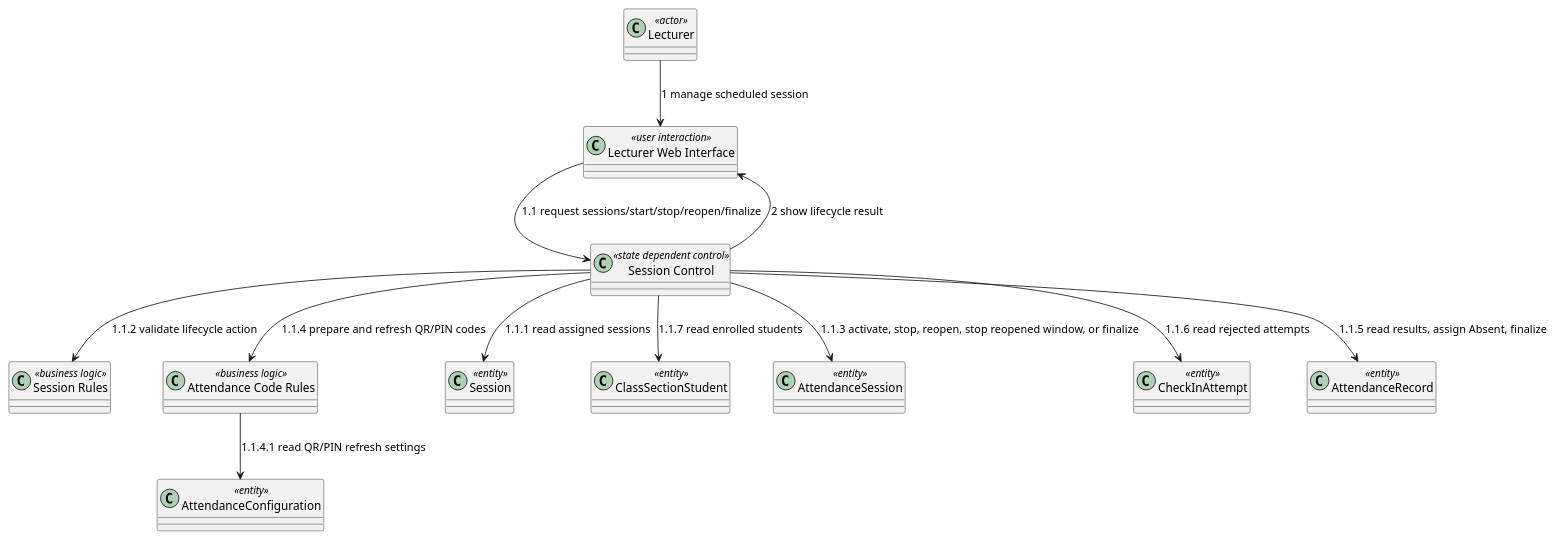
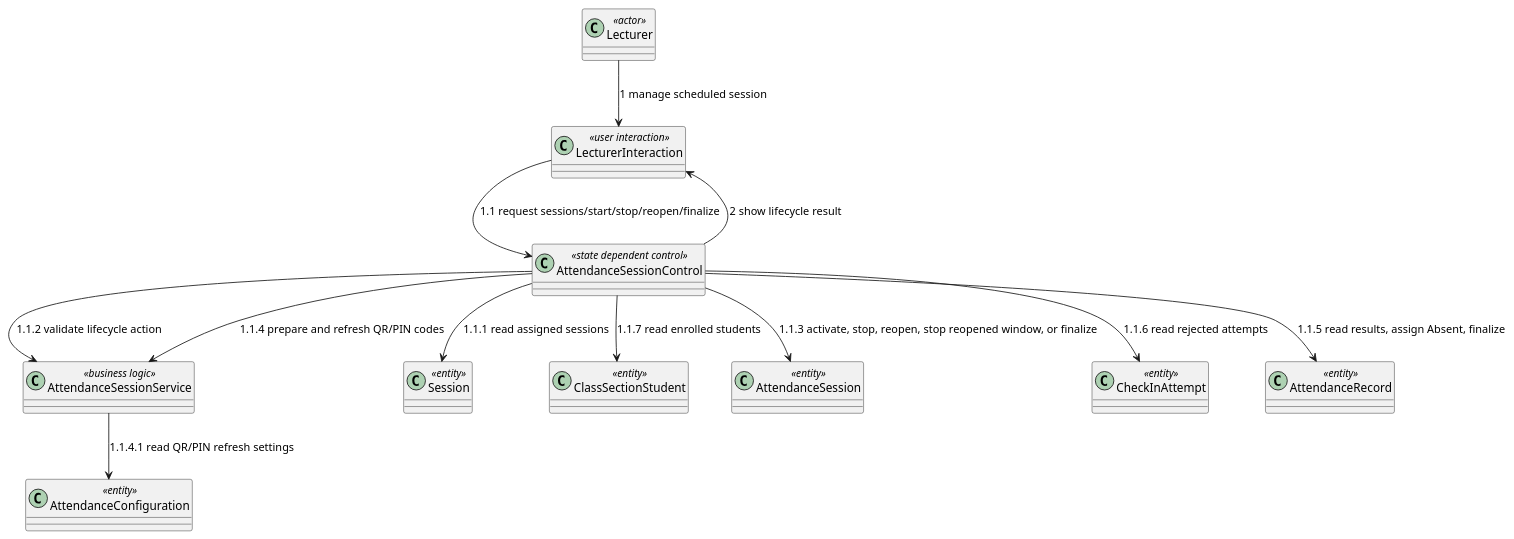
Diagram 16 of 29 in docs/sds/2_Analysis.md (nttung42/SWD392), drawn with PlantUML before and after one commit. The commit also changed other lines of this file and 5 other files, not shown here.

````diff
--- a/docs/sds/2_Analysis.md
+++ b/docs/sds/2_Analysis.md
@@ -907,27 +887,26 @@
 ```plantuml
 @startuml
 class "Lecturer" as Lecturer <<actor>>
-class "Lecturer Web Interface" as LecturerUI <<user interaction>>
-class "Session Control" as SessionControl <<state dependent control>>
-class "Session Rules" as SessionRules <<business logic>>
-class "Attendance Code Rules" as CodeRules <<business logic>>
+class "LecturerInteraction" as LecturerUI <<user interaction>>
+class "AttendanceSessionControl" as SessionControl <<state dependent control>>
+class "AttendanceSessionService" as SessionRules <<business logic>>
 class "AttendanceConfiguration" as AttendanceConfig <<entity>>
 class "Session" as Session <<entity>>
 class "ClassSectionStudent" as ClassSectionStudent <<entity>>
 class "AttendanceSession" as AttendanceSession <<entity>>
 class "CheckInAttempt" as CheckInAttempt <<entity>>
 class "AttendanceRecord" as AttendanceRecord <<entity>>
 
 Lecturer --> LecturerUI : 1 manage scheduled session
 LecturerUI --> SessionControl : 1.1 request sessions/start/stop/reopen/finalize
 SessionControl --> Session : 1.1.1 read assigned sessions
 SessionControl --> SessionRules : 1.1.2 validate lifecycle action
 SessionControl --> AttendanceSession : 1.1.3 activate, stop, reopen, stop reopened window, or finalize
-SessionControl --> CodeRules : 1.1.4 prepare and refresh QR/PIN codes
-CodeRules --> AttendanceConfig : 1.1.4.1 read QR/PIN refresh settings
+SessionControl --> SessionRules : 1.1.4 prepare and refresh QR/PIN codes
+SessionRules --> AttendanceConfig : 1.1.4.1 read QR/PIN refresh settings
 SessionControl --> AttendanceRecord : 1.1.5 read results, assign Absent, finalize
 SessionControl --> CheckInAttempt : 1.1.6 read rejected attempts
 SessionControl --> ClassSectionStudent : 1.1.7 read enrolled students
 SessionControl --> LecturerUI : 2 show lifecycle result
 @enduml
 ```
````
